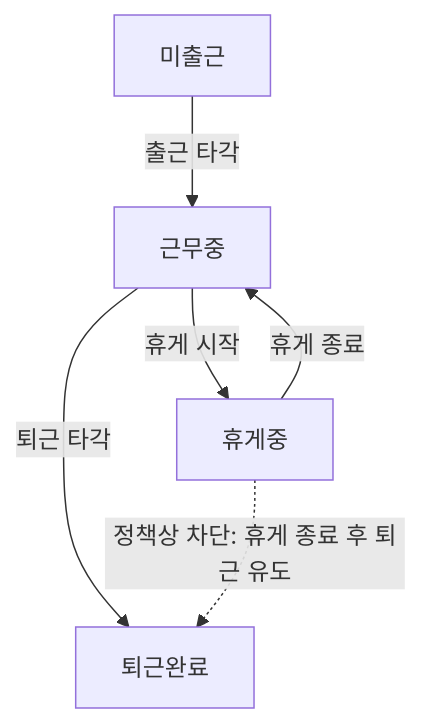
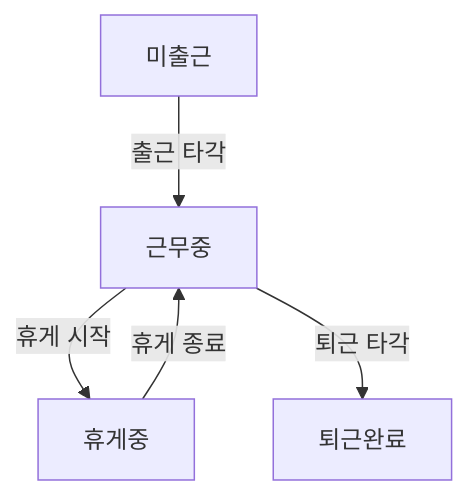
Before and after one commit to KBG183/kintai-management: the third of 3 diagrams in docs/portfolio_audit_evidence_KO.md, drawn with Mermaid. The commit also changed other lines of this file and 2 other files, not shown here.

````diff
--- a/docs/portfolio_audit_evidence_KO.md
+++ b/docs/portfolio_audit_evidence_KO.md
@@ -218,8 +247,7 @@
 ```mermaid
 flowchart TD
     A[미출근] -->|출근 타각| B[근무중]
     B -->|휴게 시작| C[휴게중]
     C -->|휴게 종료| B
     B -->|퇴근 타각| D[퇴근완료]
-    C -.->|정책상 차단: 휴게 종료 후 퇴근 유도| D
 ```
````
